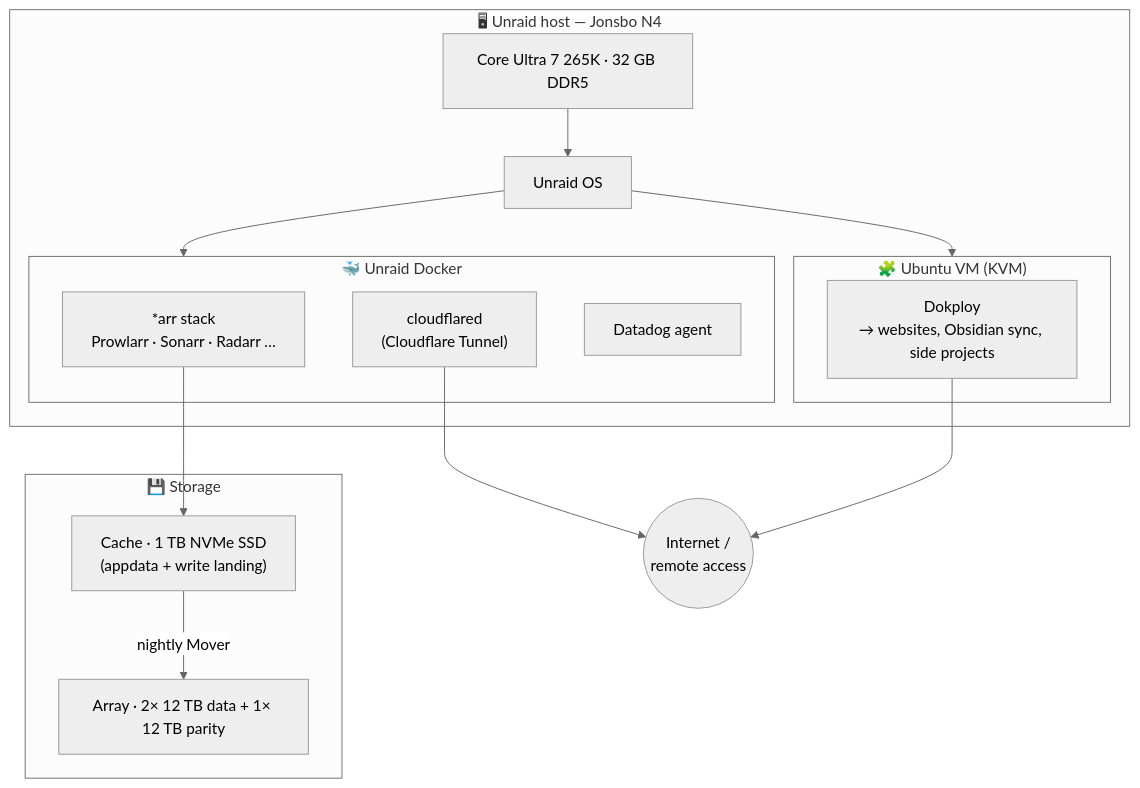
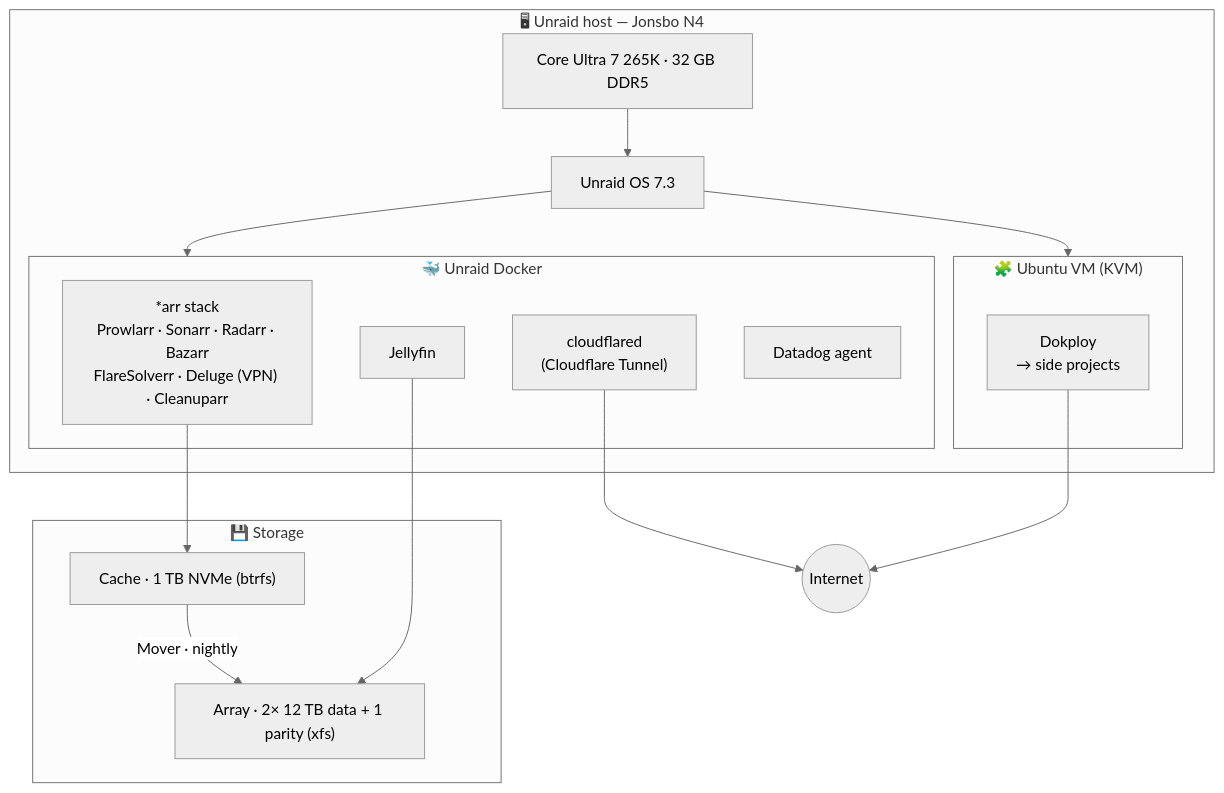
The first of 2 diagrams in README.md (samcolmanetti/home-server), drawn with Mermaid (neutral theme) before and after one commit. The commit also changed other lines of this file, not shown here.

First line of the commit message:
docs: finalize public-ready README with live system data

````diff
--- a/README.md
+++ b/README.md
@@ -51,28 +49,30 @@
 ```mermaid
 flowchart TB
   subgraph HOST["🖥 Unraid host — Jonsbo N4"]
-    HW["Core Ultra 7 265K · 32 GB DDR5"] --> UNRAID["Unraid OS"]
+    HW["Core Ultra 7 265K · 32 GB DDR5"] --> UNRAID["Unraid OS 7.3"]
 
     subgraph DOCKER["🐳 Unraid Docker"]
-      ARR["*arr stack<br/>Prowlarr · Sonarr · Radarr …"]
+      ARR["*arr stack<br/>Prowlarr · Sonarr · Radarr · Bazarr<br/>FlareSolverr · Deluge (VPN) · Cleanuparr"]
+      JF["Jellyfin"]
       CF["cloudflared<br/>(Cloudflare Tunnel)"]
       DD["Datadog agent"]
     end
 
     subgraph KVM["🧩 Ubuntu VM (KVM)"]
-      DOK["Dokploy<br/>→ websites, Obsidian sync, side projects"]
+      DOK["Dokploy<br/>→ side projects"]
     end
 
     UNRAID --> DOCKER & KVM
   end
 
   subgraph STORE["💾 Storage"]
-    CACHE["Cache · 1 TB NVMe SSD<br/>(appdata + write landing)"]
-    ARRAY["Array · 2× 12 TB data + 1× 12 TB parity"]
-    CACHE -->|nightly Mover| ARRAY
+    CACHE["Cache · 1 TB NVMe (btrfs)"]
+    ARRAY["Array · 2× 12 TB data + 1 parity (xfs)"]
+    CACHE -->|"Mover · nightly"| ARRAY
   end
 
   ARR --> CACHE
-  CF --> WAN((Internet /<br/>remote access))
+  JF --> ARRAY
+  CF --> WAN((Internet))
   DOK --> WAN
 ```
````
